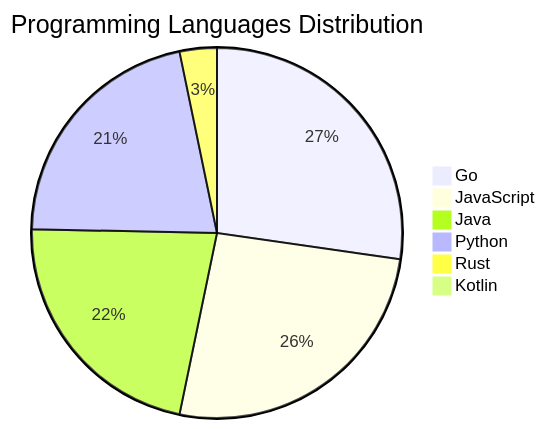
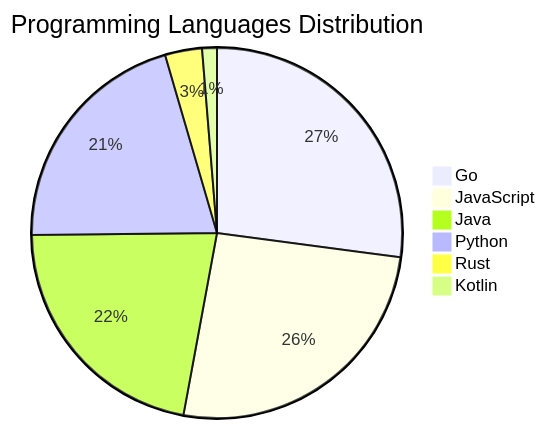
Before and after one commit to Derrick-MUGISHA/github-activity-bot: the diagram in README.md, drawn with Mermaid. The commit also changed other lines of this file and 4 other files, not shown here.

````diff
--- a/README.md
+++ b/README.md
@@ -206,9 +206,9 @@
 ```mermaid
 pie title Programming Languages Distribution
     "Go" : 42
     "JavaScript" : 40
     "Java" : 34
-    "Python" : 33
+    "Python" : 32
     "Rust" : 5
-    "Kotlin" : 1
+    "Kotlin" : 2
 ```
````
